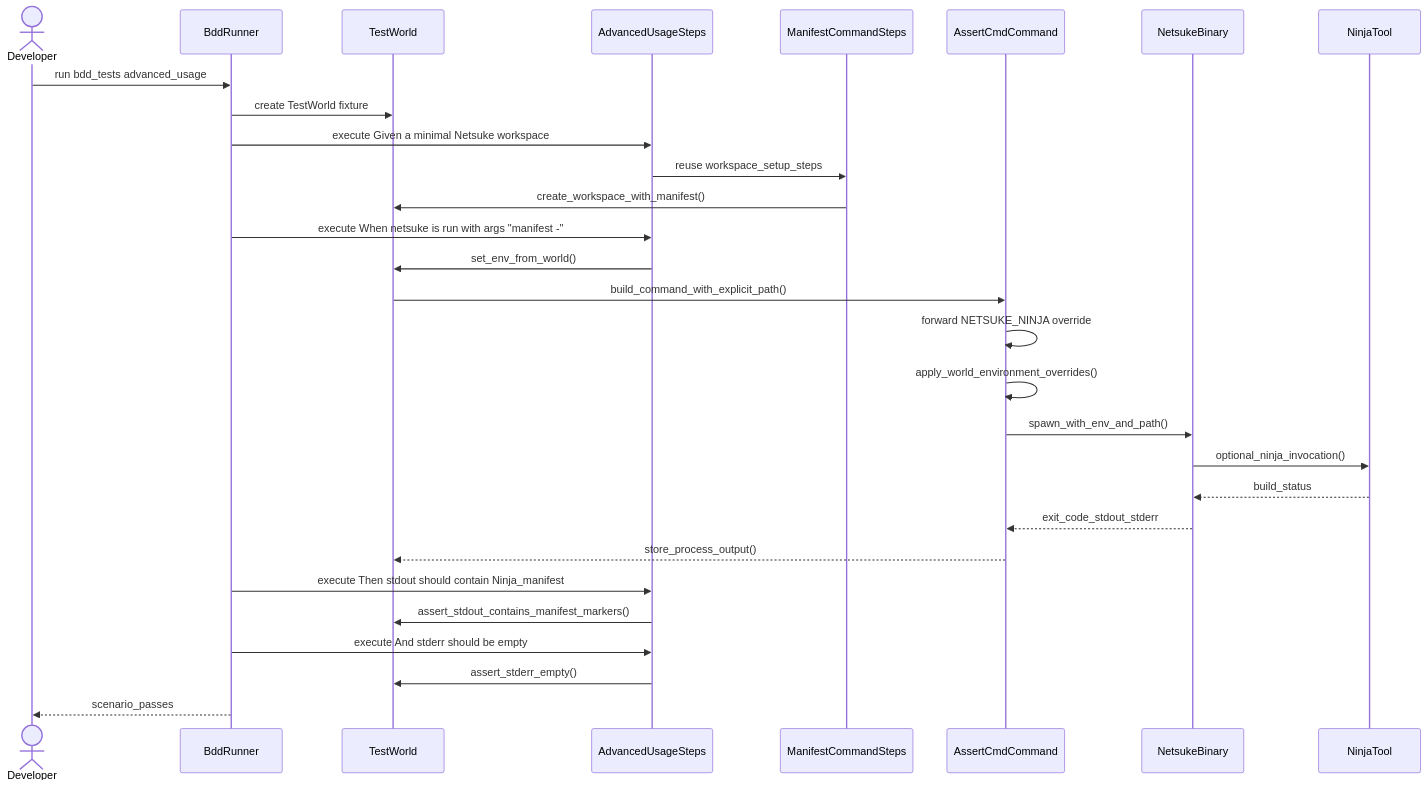
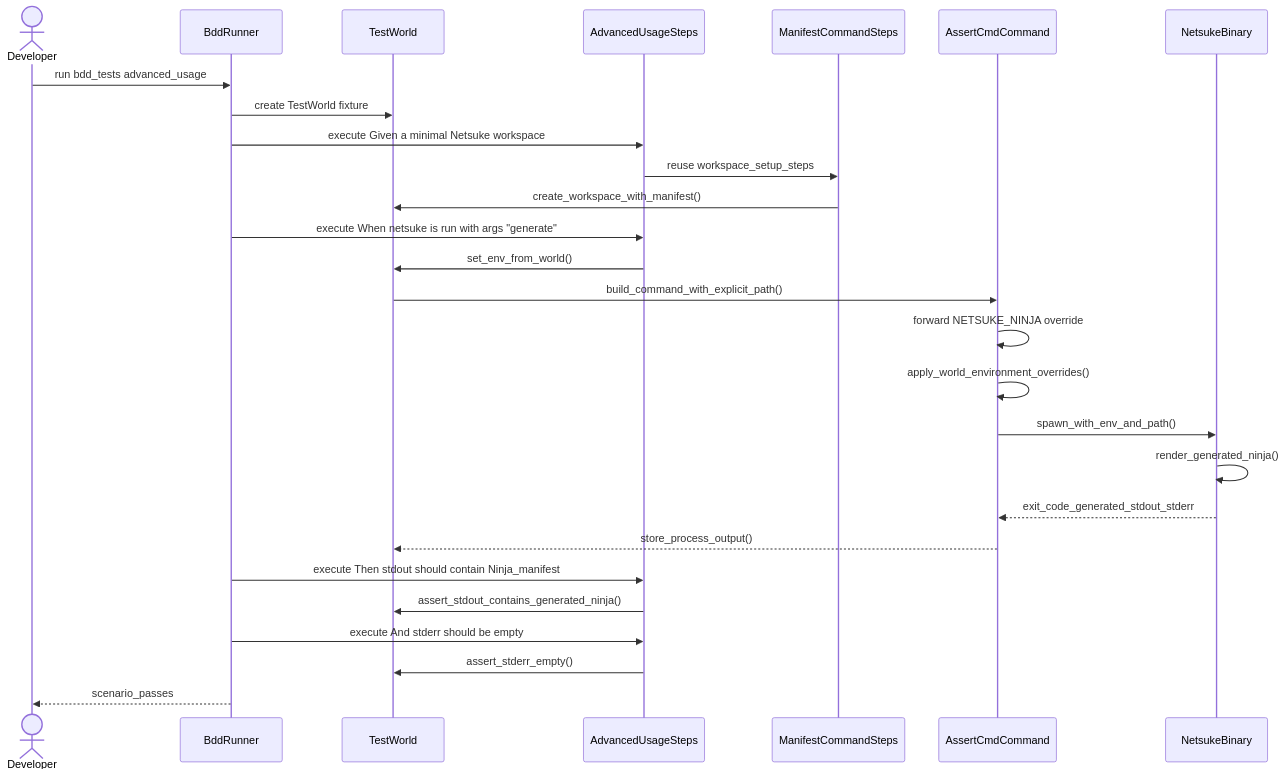
The diagram in docs/developers-guide.md (leynos/netsuke), drawn with Mermaid before and after one commit. The commit also changed other lines of this file and 18 other files, not shown here.

````diff
--- a/docs/developers-guide.md
+++ b/docs/developers-guide.md
@@ -1017,37 +1017,35 @@
 ```mermaid
 sequenceDiagram
     actor Developer
     participant BddRunner
     participant TestWorld
     participant AdvancedUsageSteps
     participant ManifestCommandSteps
     participant AssertCmdCommand
     participant NetsukeBinary
-    participant NinjaTool
 
     Developer->>BddRunner: run bdd_tests advanced_usage
     BddRunner->>TestWorld: create TestWorld fixture
 
     BddRunner->>AdvancedUsageSteps: execute Given a minimal Netsuke workspace
     AdvancedUsageSteps->>ManifestCommandSteps: reuse workspace_setup_steps
     ManifestCommandSteps->>TestWorld: create_workspace_with_manifest()
 
-    BddRunner->>AdvancedUsageSteps: execute When netsuke is run with args "manifest -"
+    BddRunner->>AdvancedUsageSteps: execute When netsuke is run with args "generate"
     AdvancedUsageSteps->>TestWorld: set_env_from_world()
     TestWorld->>AssertCmdCommand: build_command_with_explicit_path()
     AssertCmdCommand->>AssertCmdCommand: forward NETSUKE_NINJA override
     AssertCmdCommand->>AssertCmdCommand: apply_world_environment_overrides()
     AssertCmdCommand->>NetsukeBinary: spawn_with_env_and_path()
-    NetsukeBinary->>NinjaTool: optional_ninja_invocation()
-    NinjaTool-->>NetsukeBinary: build_status
-    NetsukeBinary-->>AssertCmdCommand: exit_code_stdout_stderr
+    NetsukeBinary->>NetsukeBinary: render_generated_ninja()
+    NetsukeBinary-->>AssertCmdCommand: exit_code_generated_stdout_stderr
     AssertCmdCommand-->>TestWorld: store_process_output()
 
     BddRunner->>AdvancedUsageSteps: execute Then stdout should contain Ninja_manifest
-    AdvancedUsageSteps->>TestWorld: assert_stdout_contains_manifest_markers()
+    AdvancedUsageSteps->>TestWorld: assert_stdout_contains_generated_ninja()
 
     BddRunner->>AdvancedUsageSteps: execute And stderr should be empty
     AdvancedUsageSteps->>TestWorld: assert_stderr_empty()
 
     BddRunner-->>Developer: scenario_passes
 ```
````
